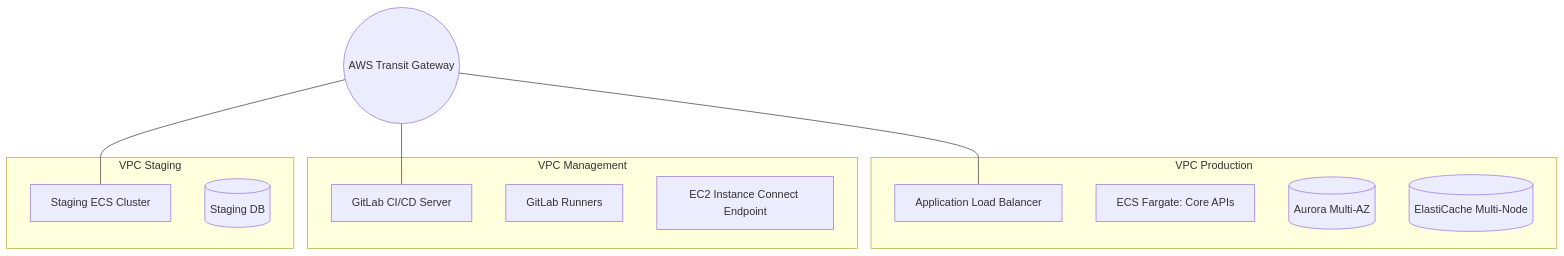
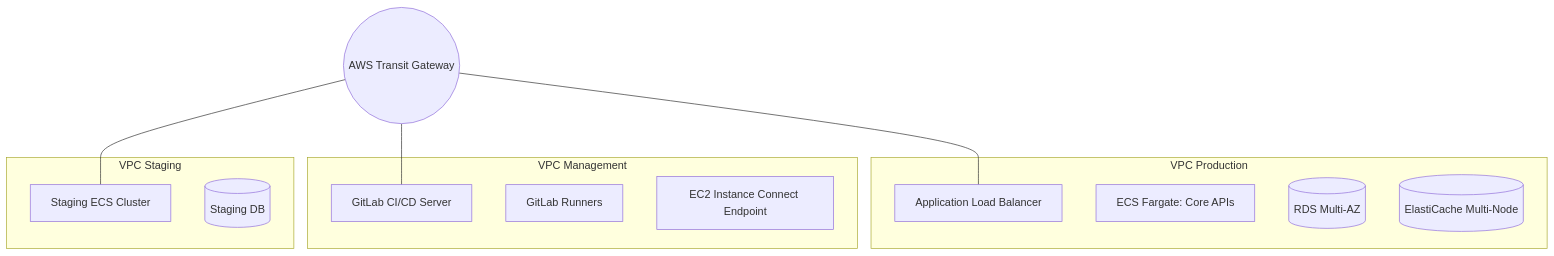
Before and after one commit to Dad3-Murp4y/privacyready: the first of 4 diagrams in docs/production_system_architecture.md, drawn with Mermaid. The commit also changed other lines of this file and 1 other file, not shown here.

Commit message:
docs: update architecture and cost-saver documentation

````diff
--- a/docs/production_system_architecture.md
+++ b/docs/production_system_architecture.md
@@ -22,26 +11,26 @@
 ```mermaid
 graph TD
     TGW((AWS Transit Gateway))
         
     subgraph "VPC Production"
         ALB[Application Load Balancer]
         ECS[ECS Fargate: Core APIs]
-        RDS[(Aurora Multi-AZ)]
+        RDS[(RDS Multi-AZ)]
         Redis[(ElastiCache Multi-Node)]
     end
         
     subgraph "VPC Management"
         GitLab[GitLab CI/CD Server]
         Runners[GitLab Runners]
         EICE[EC2 Instance Connect Endpoint]
     end
         
     subgraph "VPC Staging"
         StagingECS[Staging ECS Cluster]
         StagingDB[(Staging DB)]
     end
         
     TGW --- ALB
     TGW --- GitLab
     TGW --- StagingECS
 ```
````
